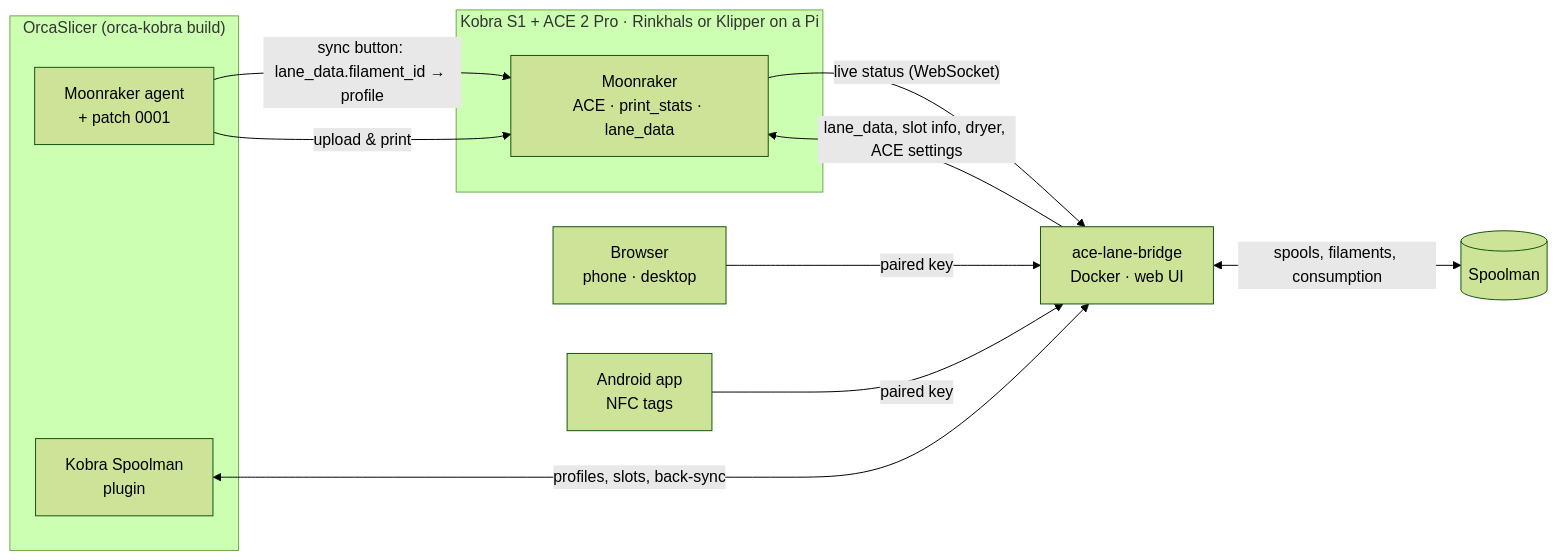
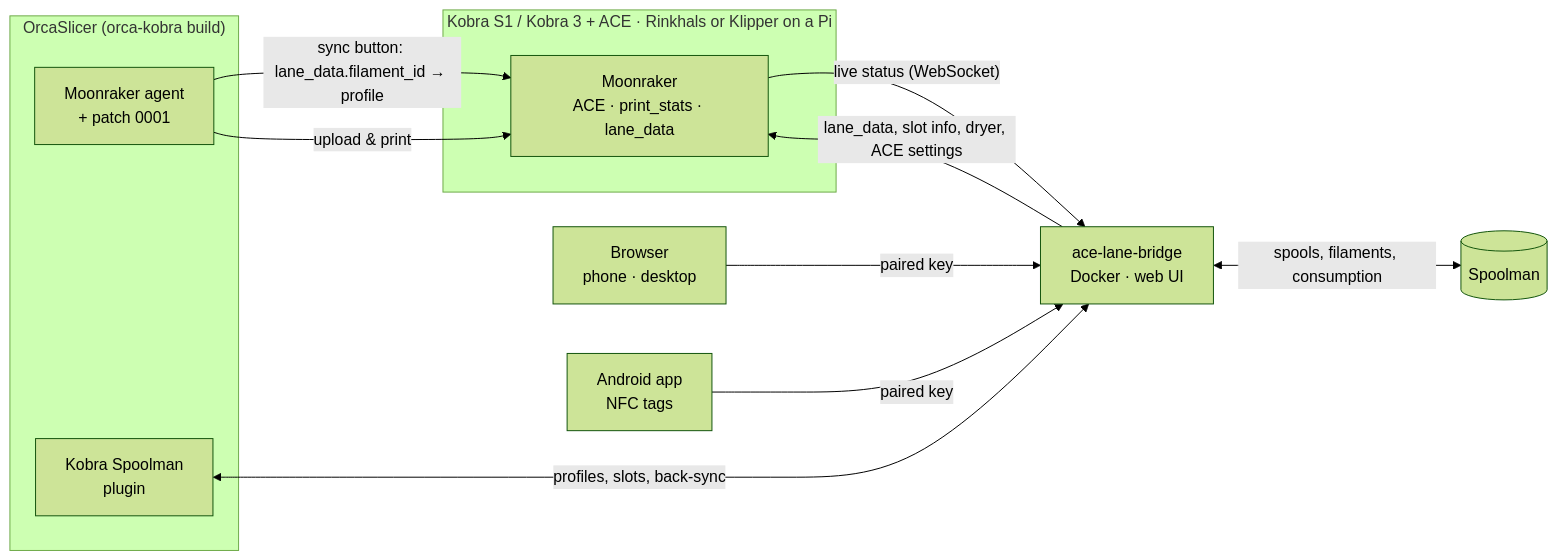
Before and after one commit to xNoVoSx/kobra-spoolman: the diagram in README.md, drawn with Mermaid (forest theme). The commit also changed other lines of this file and 15 other files, not shown here.

````diff
--- a/README.md
+++ b/README.md
@@ -68,23 +68,23 @@
 ```mermaid
 flowchart LR
-    subgraph Printer["Kobra S1 + ACE 2 Pro · Rinkhals or Klipper on a Pi"]
+    subgraph Printer["Kobra S1 / Kobra 3 + ACE · Rinkhals or Klipper on a Pi"]
         MR[Moonraker<br/>ACE · print_stats · lane_data]
     end
     SM[(Spoolman)]
     BR[ace-lane-bridge<br/>Docker · web UI]
     subgraph PC["OrcaSlicer (orca-kobra build)"]
         AG[Moonraker agent<br/>+ patch 0001]
         PL[Kobra Spoolman<br/>plugin]
     end
     Web[Browser<br/>phone · desktop]
     App[Android app<br/>NFC tags]
 
     MR -- "live status (WebSocket)" --> BR
     BR -- "lane_data, slot info, dryer, ACE settings" --> MR
     BR <-->|"spools, filaments, consumption"| SM
     Web -- "paired key" --> BR
     App -- "paired key" --> BR
     PL <-->|"profiles, slots, back-sync"| BR
     AG -- "sync button: lane_data.filament_id → profile" --> MR
     AG -- "upload & print" --> MR
 ```
````
